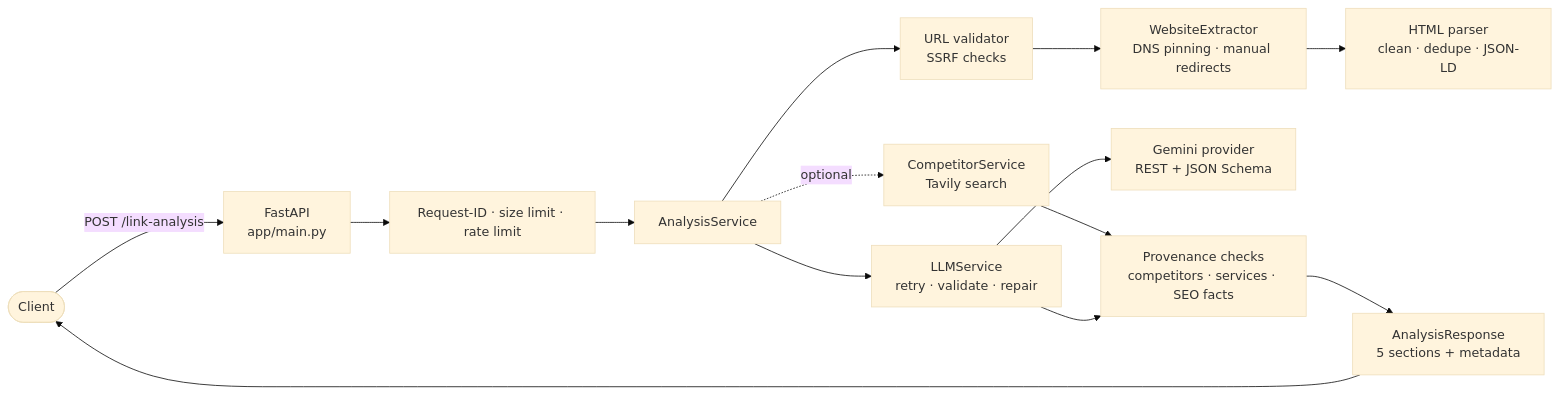
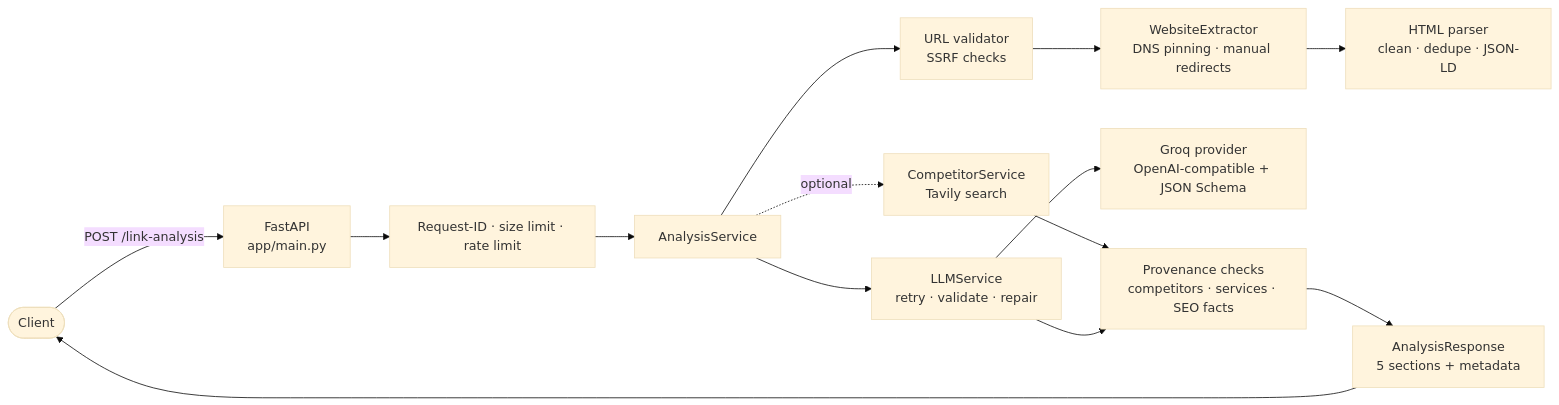
Before and after one commit to shafiqahmed-786/ai-link-analysis-api: the diagram in README.md, drawn with Mermaid (base theme). The commit also changed other lines of this file and 10 other files, not shown here.

Commit message:
Migrate LLM provider from Gemini to Groq

````diff
--- a/README.md
+++ b/README.md
@@ -56,16 +56,16 @@
 ```mermaid
 flowchart LR
     Client([Client]) -->|POST /link-analysis| API[FastAPI<br/>app/main.py]
     API --> MW[Request-ID · size limit · rate limit]
     MW --> AS[AnalysisService]
     AS --> VAL[URL validator<br/>SSRF checks]
     VAL --> WE[WebsiteExtractor<br/>DNS pinning · manual redirects]
     WE --> HP[HTML parser<br/>clean · dedupe · JSON-LD]
     AS -. optional .-> CS[CompetitorService<br/>Tavily search]
     AS --> LLM[LLMService<br/>retry · validate · repair]
-    LLM --> GP[Gemini provider<br/>REST + JSON Schema]
+    LLM --> GP[Groq provider<br/>OpenAI-compatible + JSON Schema]
     CS --> PV
     LLM --> PV[Provenance checks<br/>competitors · services · SEO facts]
     PV --> OUT[AnalysisResponse<br/>5 sections + metadata]
     OUT --> Client
 ```
````
